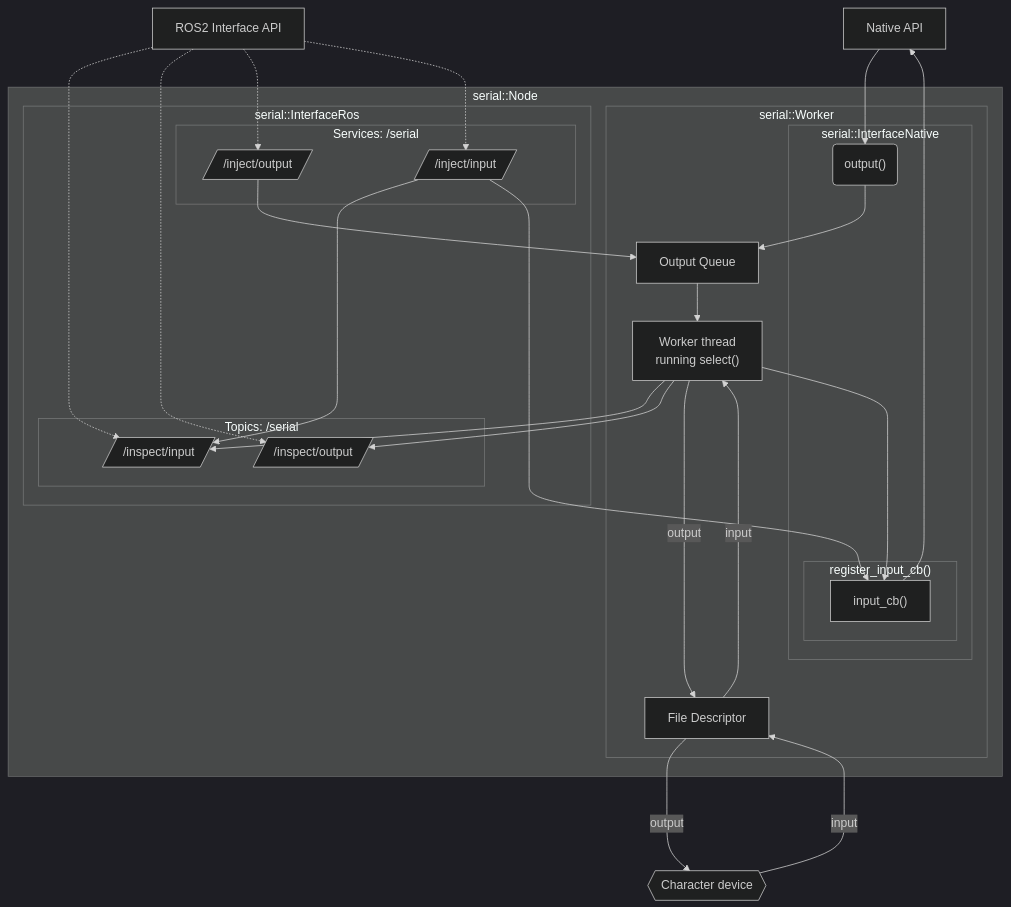
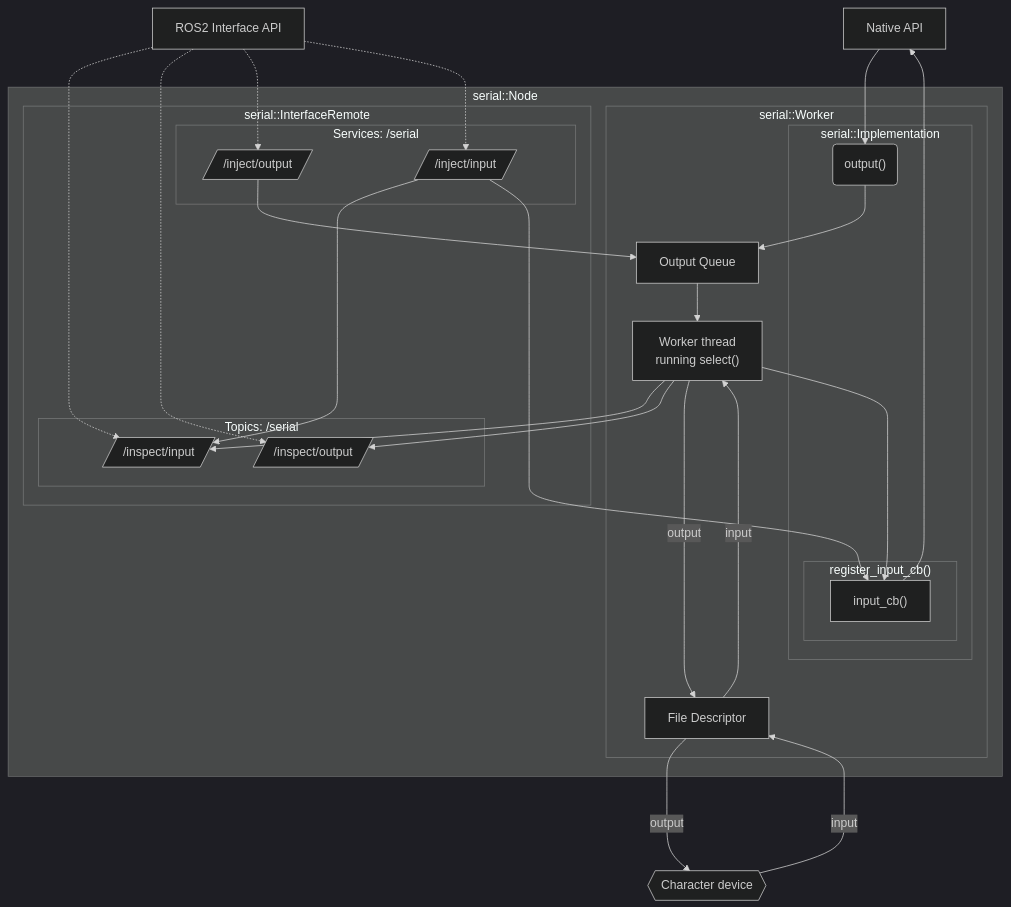
Before and after one commit to openvmp/serial: the third of 3 diagrams in README.md, drawn with Mermaid (dark theme). The commit also changed other lines of this file and 17 other files, not shown here.

````diff
--- a/README.md
+++ b/README.md
@@ -75,58 +77,58 @@
 ```mermaid
 flowchart TB
     owner["Native API"]
     external["ROS2 Interface API"]
 
     subgraph node["serial::Node"]
 
-      subgraph interface_ros2["serial::InterfaceRos"]
+      subgraph interface_ros2["serial::InterfaceRemote"]
         subgraph topics["Topics: /serial"]
           published_input[//inspect/input/]
           published_output[//inspect/output/]
         end
 
         subgraph services["Services: /serial"]
           service_send[//inject/output/]
           service_recv[//inject/input/]
         end
       end
 
       subgraph worker["serial::Worker"]
         output_queue["Output Queue"]
         thread["Worker thread\nrunning select()"]
 
-        subgraph interface_native["serial::InterfaceNative"]
+        subgraph interface_native["serial::Implementation"]
           subgraph register_input_cb["register_input_cb()"]
             input_cb["input_cb()"]
           end
           output("output()")
         end
 
         fd["File Descriptor"]
       end
 
     end
     file{{"Character device"}}
 
     %% owner -- "Constructor\nwith parameters" ----> node
     owner --> output --> output_queue
     %% owner --> register_input_cb
 
     external .-> published_input
     external .-> published_output
     external .-> service_send
     external .-> service_recv
 
     service_recv --> published_input
     service_recv --> input_cb
 
     service_send --> output_queue
     output_queue --> thread
     thread --> published_input
     thread --> published_output
     thread ---> input_cb --> owner
 
     file -- "input" ---> fd -- "input" ----> thread
     thread -- "output" --> fd -- "output" --> file
 
 ```
````
